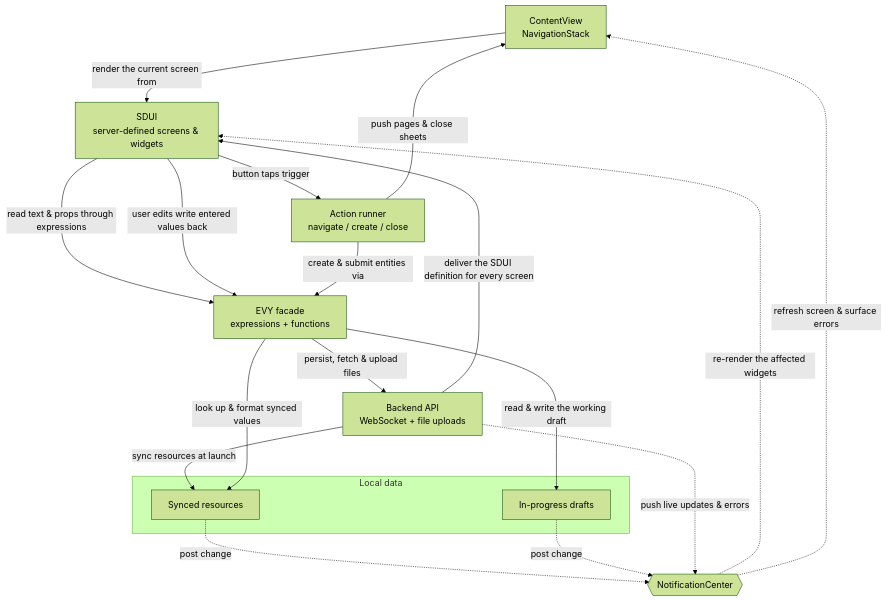
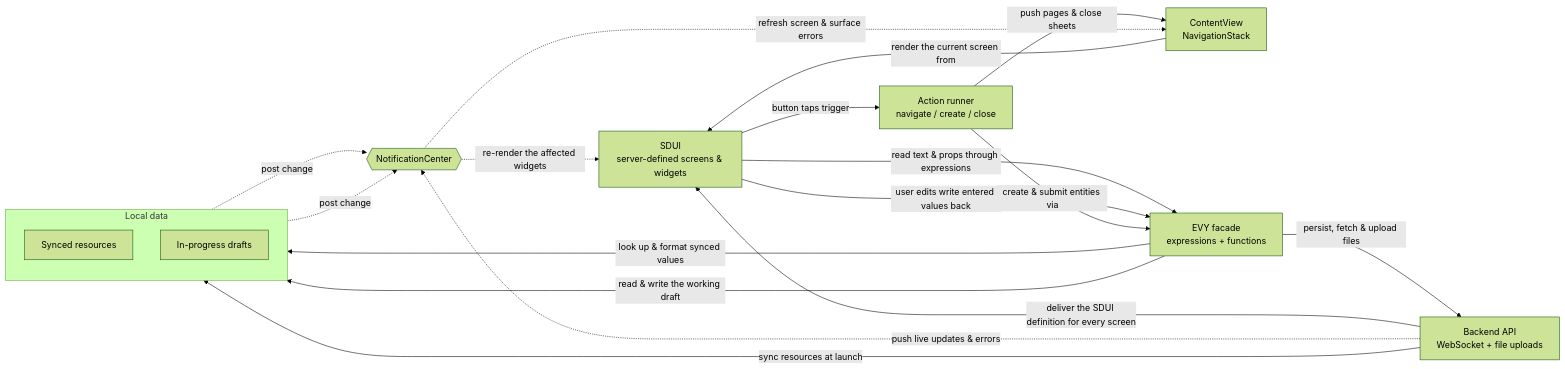
Before and after one commit to EVY-Platform/evy: the diagram in ios/README.md, drawn with Mermaid (forest theme).

Commit message:
Fix flowchart direction in README.md

````diff
--- a/ios/README.md
+++ b/ios/README.md
@@ -7,36 +7,38 @@
 ```mermaid
-flowchart TD
+flowchart LR
     App[ContentView<br/>NavigationStack]
     SDUI[SDUI<br/>server-defined screens & widgets]
     Actions[Action runner<br/>navigate / create / close]
     EVY[EVY facade<br/>expressions + functions]
     API[Backend API<br/>WebSocket + file uploads]
 
     subgraph data [Local data]
+        direction TB
         Synced[Synced resources]
         Drafts[In-progress drafts]
     end
 
     Notif{{NotificationCenter}}
 
-    API -->|sync resources at launch| Synced
     API -->|deliver the SDUI definition for every screen| SDUI
     App -->|render the current screen from| SDUI
 
     SDUI -->|read text & props through expressions| EVY
     SDUI -->|user edits write entered values back| EVY
     SDUI -->|button taps trigger| Actions
 
     Actions -->|push pages & close sheets| App
     Actions -->|create & submit entities via| EVY
 
+    API -->|sync resources at launch| Synced
     EVY -->|look up & format synced values| Synced
     EVY -->|read & write the working draft| Drafts
     EVY -->|persist, fetch & upload files| API
 
     Synced -.->|post change| Notif
     Drafts -.->|post change| Notif
     API -.->|push live updates & errors| Notif
+
     Notif -.->|re-render the affected widgets| SDUI
     Notif -.->|refresh screen & surface errors| App
 ```
````
